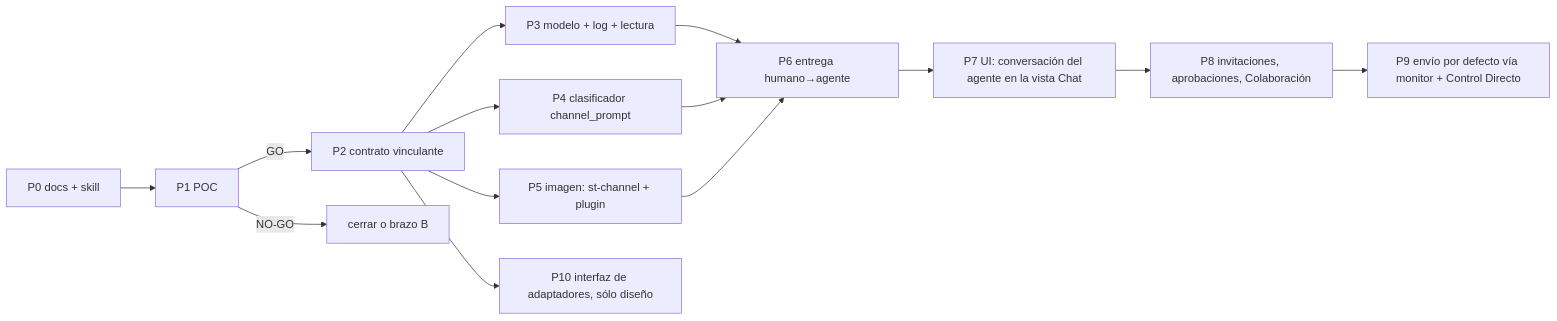
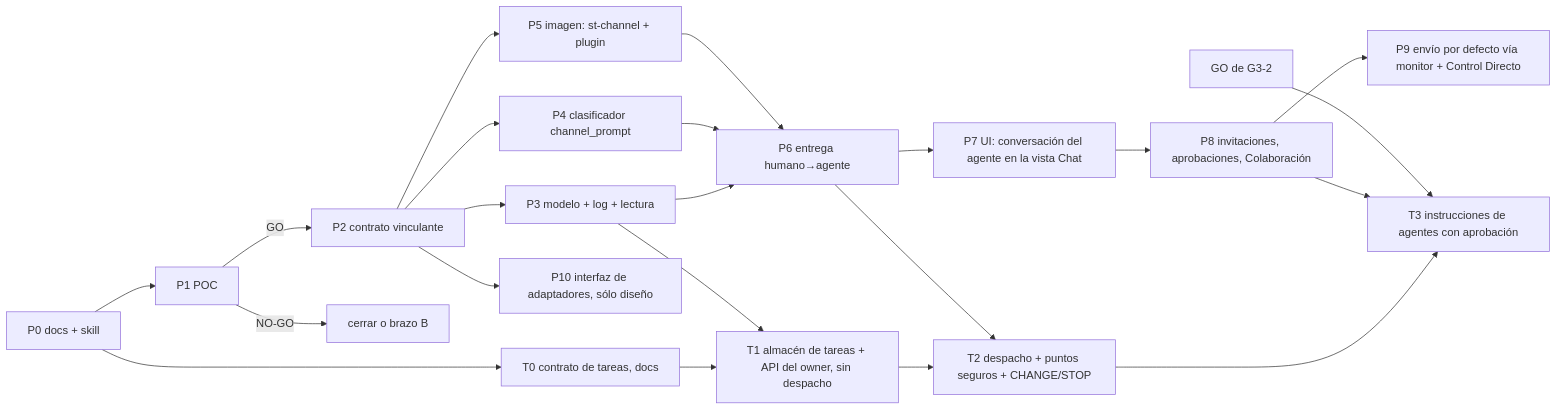
The diagram in docs/design/project-chat/05-roadmap.md (gatof81/shared-terminal), drawn with Mermaid before and after one commit. The commit also changed other lines of this file and 7 other files, not shown here.

````diff
--- a/docs/design/project-chat/05-roadmap.md
+++ b/docs/design/project-chat/05-roadmap.md
@@ -11,16 +11,24 @@
 ```mermaid
 flowchart LR
   P0[P0 docs + skill] --> P1[P1 POC]
   P1 -->|GO| P2[P2 contrato vinculante]
   P1 -->|NO-GO| X[cerrar o brazo B]
   P2 --> P3[P3 modelo + log + lectura]
   P2 --> P4[P4 clasificador channel_prompt]
   P2 --> P5[P5 imagen: st-channel + plugin]
   P3 --> P6[P6 entrega humano→agente]
   P4 --> P6
   P5 --> P6
   P6 --> P7[P7 UI: conversación del agente en la vista Chat]
   P7 --> P8[P8 invitaciones, aprobaciones, Colaboración]
   P8 --> P9[P9 envío por defecto vía monitor + Control Directo]
   P2 --> P10[P10 interfaz de adaptadores, sólo diseño]
+  P0 --> T0[T0 contrato de tareas, docs]
+  T0 --> T1[T1 almacén de tareas + API del owner, sin despacho]
+  P3 --> T1
+  T1 --> T2[T2 despacho + puntos seguros + CHANGE/STOP]
+  P6 --> T2
+  T2 --> T3[T3 instrucciones de agentes con aprobación]
+  P8 --> T3
+  G32[GO de G3-2] --> T3
 ```
````
